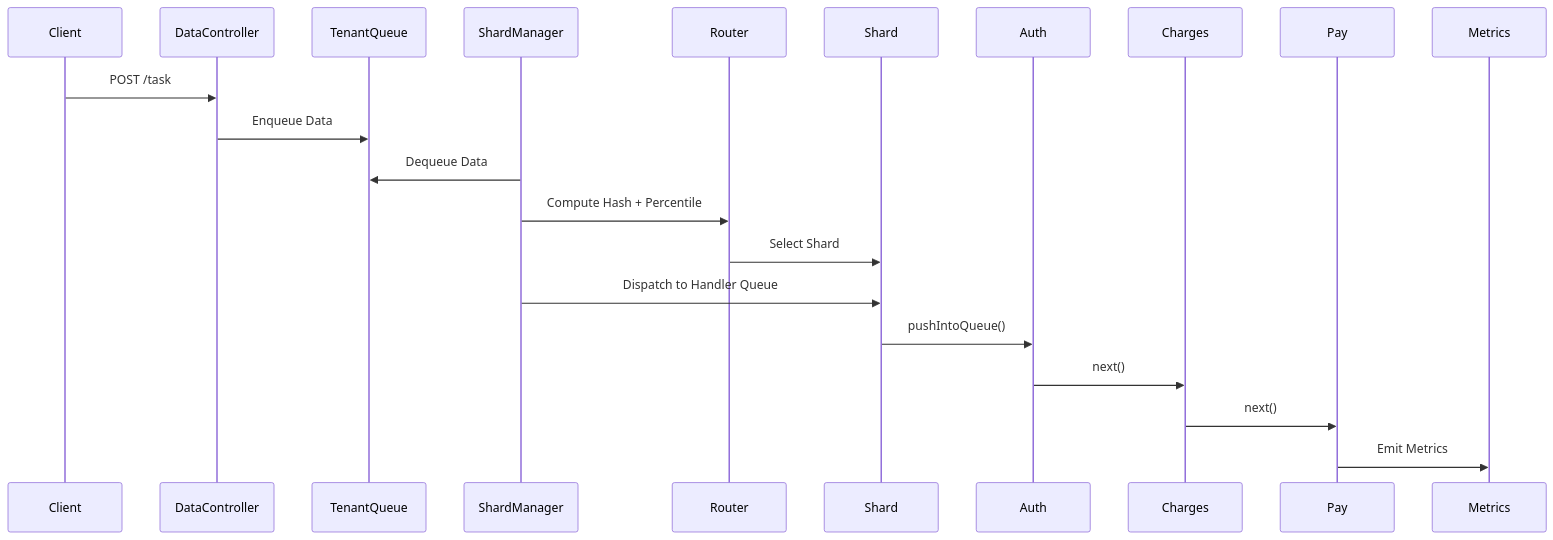
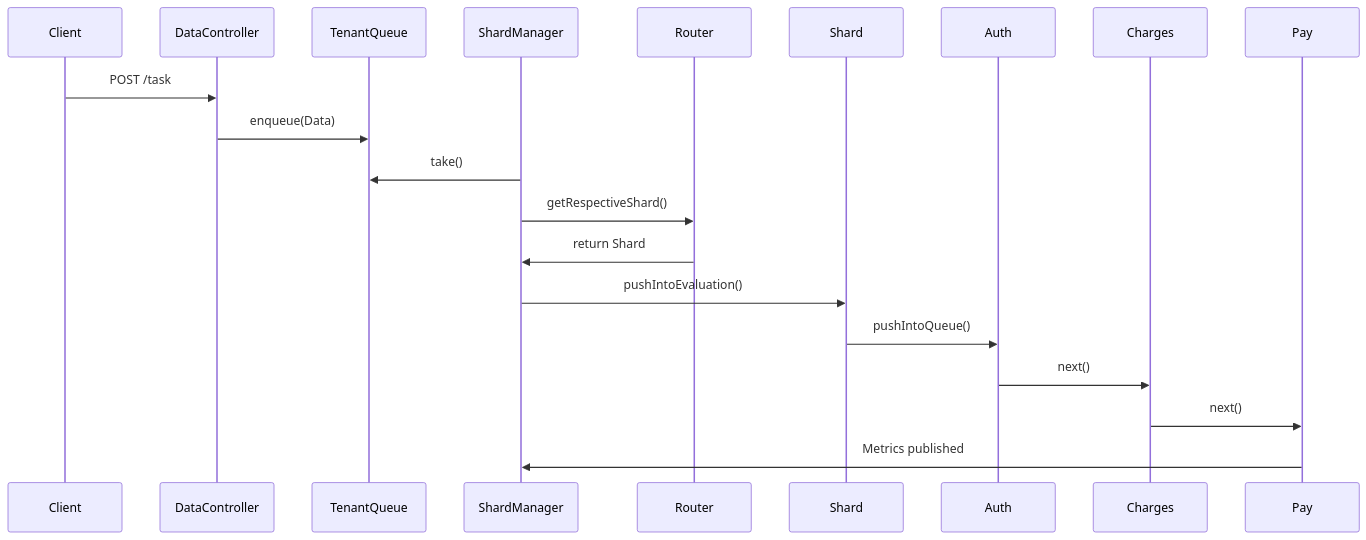
One commit to VishuKalier2003/System-Design-Components changed the third of 3 diagrams in ChainOfResponsibility/S-03ShardedRoutingFabric/readme.md. Above: the diagram before and after it, drawn with Mermaid. The commit also changed other lines of this file, not shown here.

````diff
--- a/ChainOfResponsibility/S-03ShardedRoutingFabric/readme.md
+++ b/ChainOfResponsibility/S-03ShardedRoutingFabric/readme.md
@@ -131,24 +272,23 @@
 ```mermaid
 sequenceDiagram
-    participant Client
+    participant C as Client
     participant API as DataController
     participant Q as TenantQueue
     participant SM as ShardManager
-    participant Router
-    participant Shard
-    participant Auth
-    participant Charges
-    participant Pay
-    participant Metrics
+    participant R as Router
+    participant S as Shard
+    participant H1 as Auth
+    participant H2 as Charges
+    participant H3 as Pay
 
-    Client->>API: POST /task
-    API->>Q: Enqueue Data
-    SM->>Q: Dequeue Data
-    SM->>Router: Compute Hash + Percentile
-    Router->>Shard: Select Shard
-    SM->>Shard: Dispatch to Handler Queue
-    Shard->>Auth: pushIntoQueue()
-    Auth->>Charges: next()
-    Charges->>Pay: next()
-    Pay->>Metrics: Emit Metrics
+    C->>API: POST /task
+    API->>Q: enqueue(Data)
+    SM->>Q: take()
+    SM->>R: getRespectiveShard()
+    R->>SM: return Shard
+    SM->>S: pushIntoEvaluation()
+    S->>H1: pushIntoQueue()
+    H1->>H2: next()
+    H2->>H3: next()
+    H3->>SM: Metrics published
 ```
````
